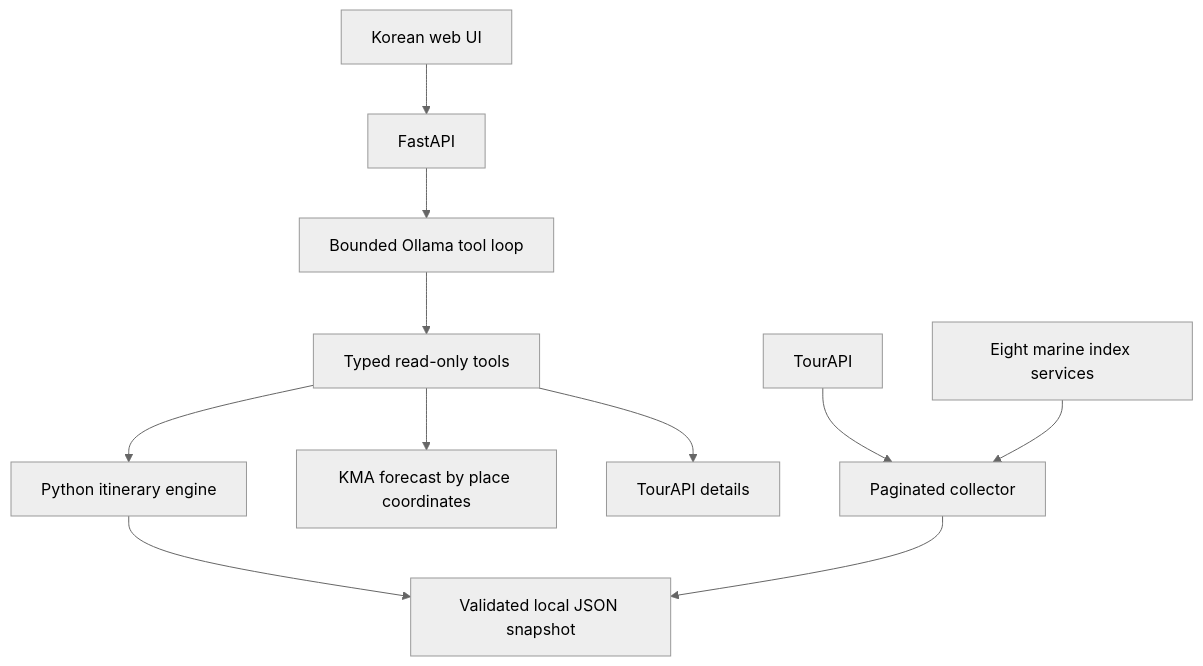
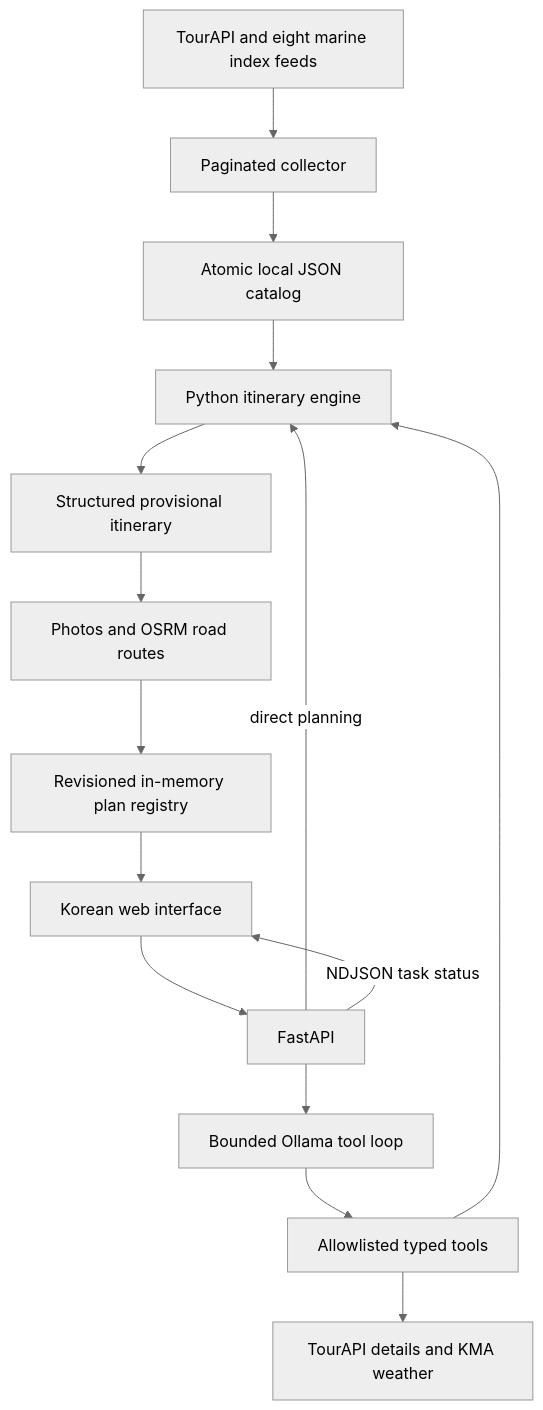
One commit to fortranmentis/marine-travel-AI-agent changed the diagram in README.md. Above: the diagram before and after it, drawn with Mermaid (neutral theme). The commit also changed other lines of this file and 12 other files, not shown here.

````diff
--- a/README.md
+++ b/README.md
@@ -41,13 +84,17 @@
 ```mermaid
 flowchart TD
-    UI[Korean web UI] --> API[FastAPI]
+    Sources[TourAPI and eight marine index feeds] --> Sync[Paginated collector]
+    Sync --> Catalog[Atomic local JSON catalog]
+    UI[Korean web interface] --> API[FastAPI]
     API --> Agent[Bounded Ollama tool loop]
-    Agent --> Tools[Typed read-only tools]
+    Agent --> Tools[Allowlisted typed tools]
     Tools --> Planner[Python itinerary engine]
-    Tools --> Weather[KMA forecast by place coordinates]
-    Tools --> Details[TourAPI details]
-    Planner --> Snapshot[Validated local JSON snapshot]
-    Sync[Paginated collector] --> Snapshot
-    Tour[TourAPI] --> Sync
-    Marine[Eight marine index services] --> Sync
+    Tools --> Detail[TourAPI details and KMA weather]
+    Catalog --> Planner
+    API -->|direct planning| Planner
+    Planner --> Plan[Structured provisional itinerary]
+    Plan --> Enrich[Photos and OSRM road routes]
+    Enrich --> Store[Revisioned in-memory plan registry]
+    Store --> UI
+    API -->|NDJSON task status| UI
 ```
````
